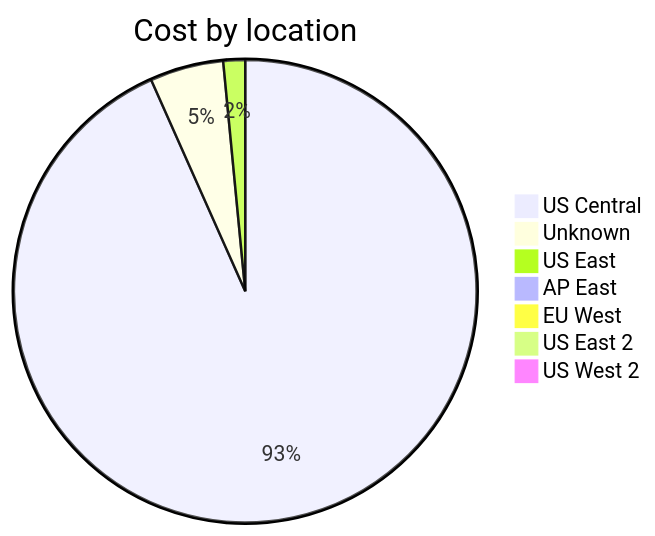
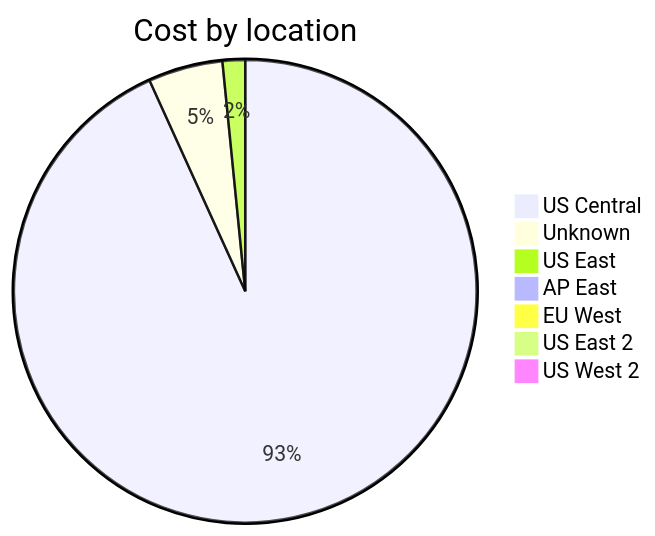
The third of 4 diagrams in cost-reports/accumulated-cost.md (jpfulton/azure-personal-reports), drawn with Mermaid before and after one commit. The commit also changed other lines of this file and 4 other files, not shown here.

````diff
--- a/cost-reports/accumulated-cost.md
+++ b/cost-reports/accumulated-cost.md
@@ -123,11 +123,11 @@
 ```mermaid
 pie
    title Cost by location
-   "US Central" : 4.90
-   "Unknown" : 0.27
-   "US East" : 0.08
+   "US Central" : 5.91
+   "Unknown" : 0.33
+   "US East" : 0.10
    "AP East" : 0.00
    "EU West" : 0.00
    "US East 2" : 0.00
    "US West 2" : 0.00
 ```
````
